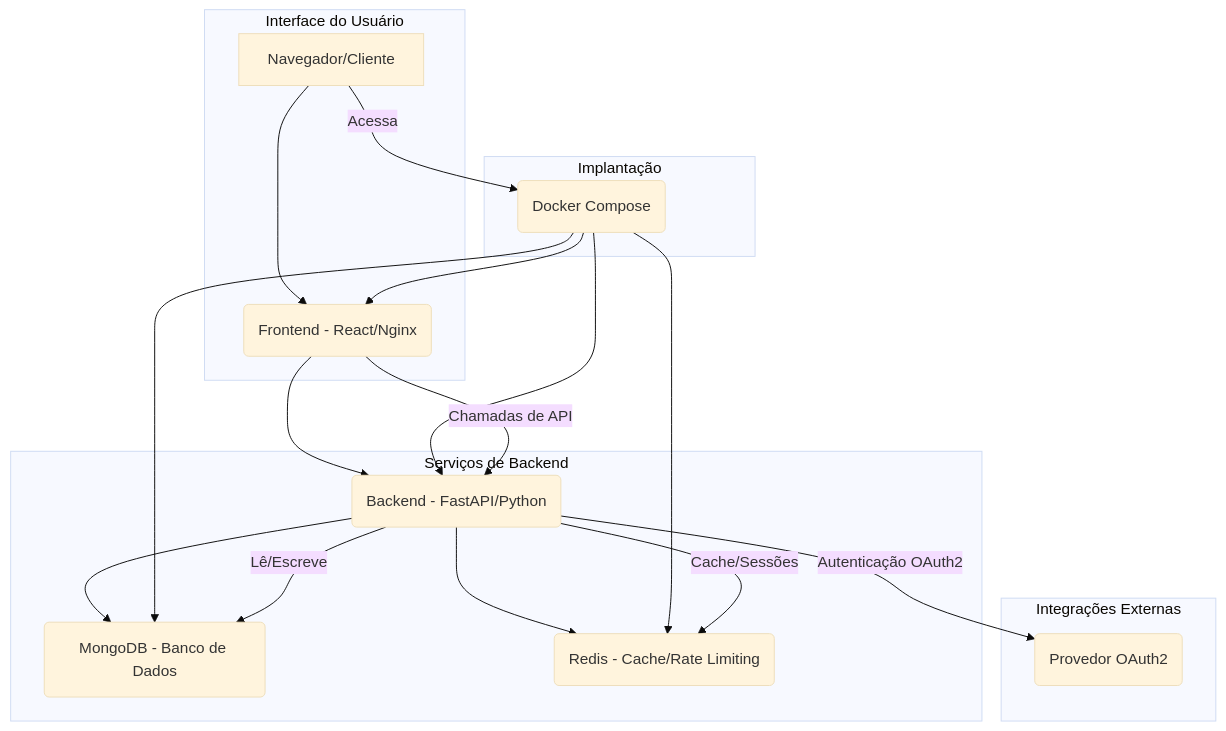
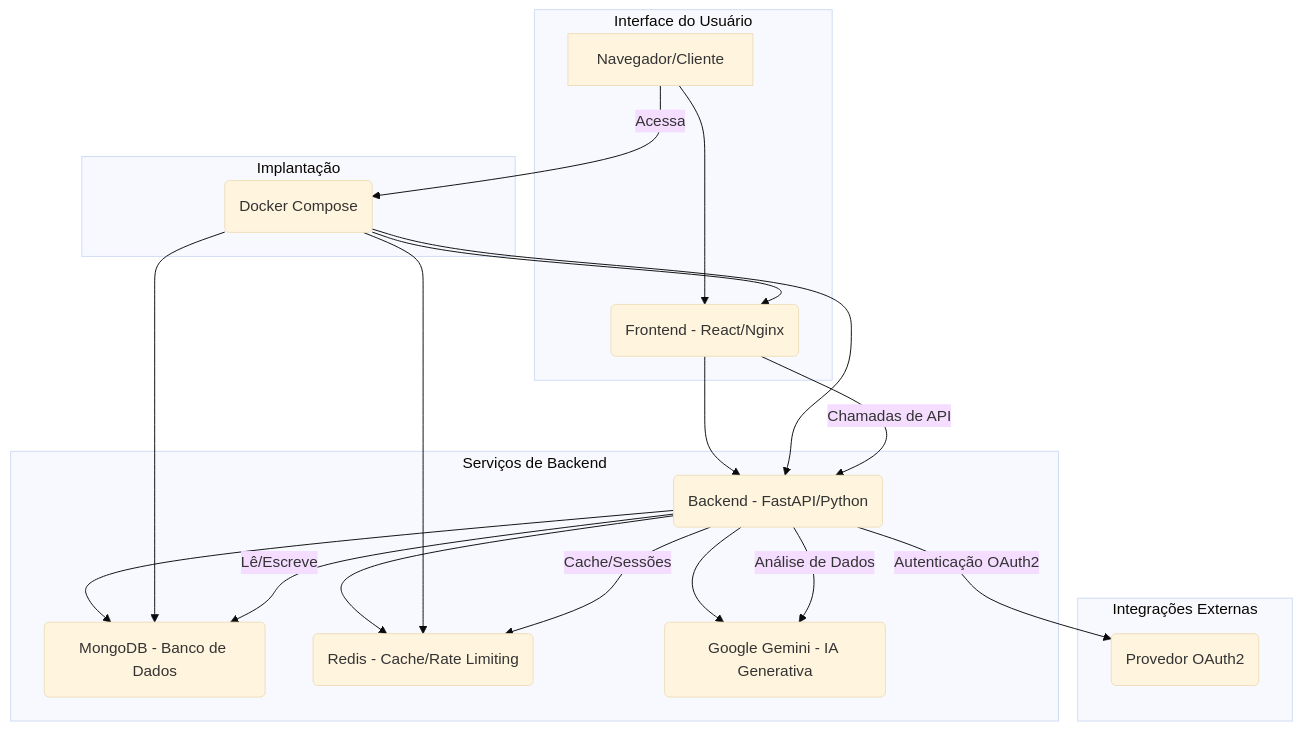
The diagram in docs/integration_diagram.md (ragmarotta/service-catalog), drawn with Mermaid (base theme) before and after one commit. The commit also changed 11 other files, not shown here.

````diff
--- a/docs/integration_diagram.md
+++ b/docs/integration_diagram.md
@@ -1,28 +1,30 @@
 ```mermaid
 graph TD
     subgraph Interface do Usuário
         A[Navegador/Cliente] --> B(Frontend - React/Nginx)
     end
 
     subgraph Serviços de Backend
         B --> C(Backend - FastAPI/Python)
         C --> D(MongoDB - Banco de Dados)
         C --> E(Redis - Cache/Rate Limiting)
+        C --> H(Google Gemini - IA Generativa)
     end
 
     subgraph Integrações Externas
         C -- Autenticação OAuth2 --> F(Provedor OAuth2)
+        C -- Análise de Dados --> H
     end
 
     subgraph Implantação
         A -- Acessa --> G(Docker Compose)
         G --> B
         G --> C
         G --> D
         G --> E
     end
 
     B -- Chamadas de API --> C
     C -- Lê/Escreve --> D
     C -- Cache/Sessões --> E
 ```
````
